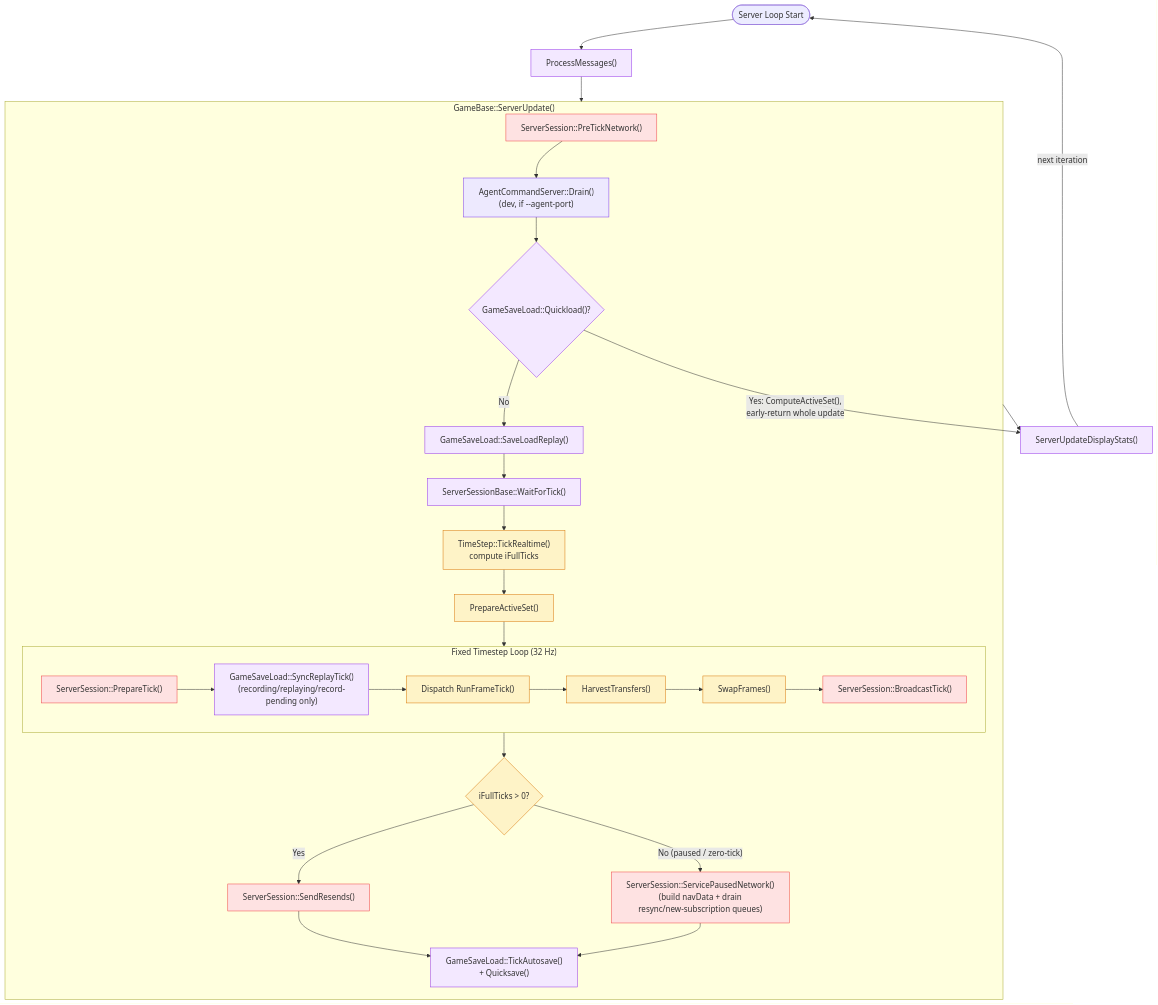
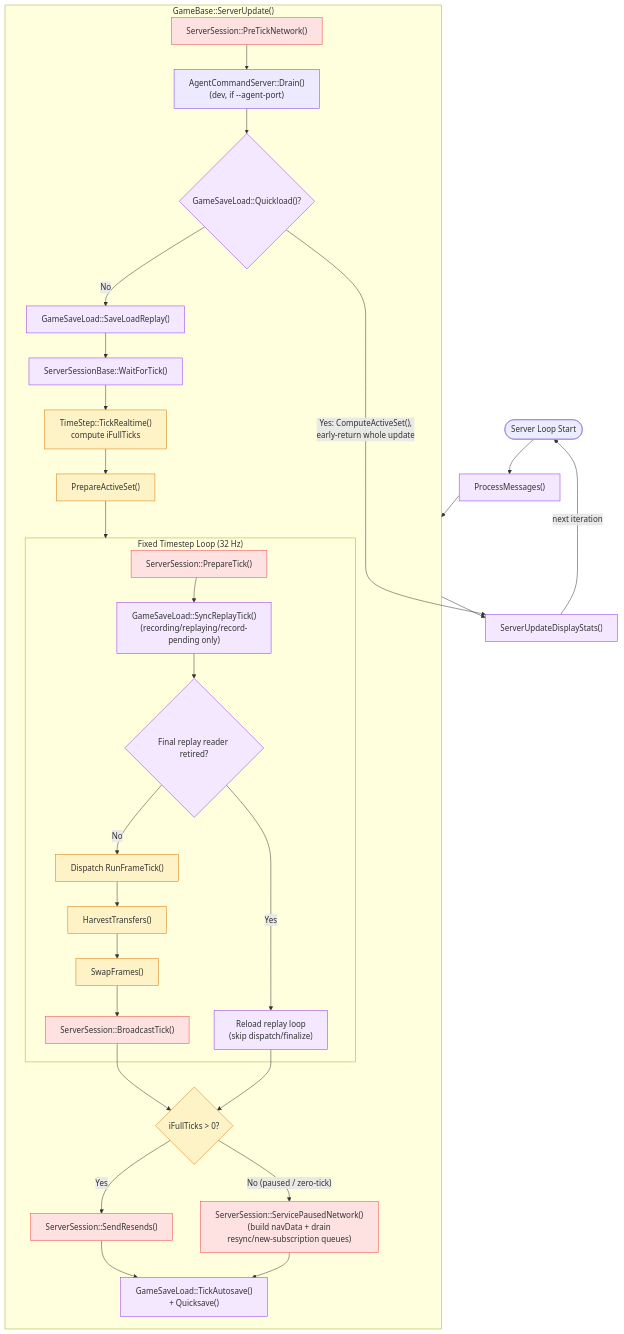
The third of 5 diagrams in Documents/Architecture/FrameUpdatePipeline.md (DougTanner/BrokenEnginePublic), drawn with Mermaid before and after one commit. The commit also changed 14 other files, not shown here.

````diff
--- a/Documents/Architecture/FrameUpdatePipeline.md
+++ b/Documents/Architecture/FrameUpdatePipeline.md
@@ -113,53 +113,58 @@
 ```mermaid
 %%{init: {'theme': 'default'}}%%
 flowchart TD
     classDef physics fill:#fef3c7,stroke:#d97706
     classDef network fill:#fee2e2,stroke:#ef4444
     classDef server fill:#f3e8ff,stroke:#9333ea
     classDef agent fill:#ede9fe,stroke:#7c3aed
 
     start(["Server Loop Start"])
 
     msgs["ProcessMessages()"]:::server
 
     subgraph tick_frames ["GameBase::ServerUpdate()"]
         pre_tick["ServerSession::PreTickNetwork()"]:::network
         agent_drain["AgentCommandServer::Drain()<br/>(dev, if --agent-port)"]:::agent
 
         quickload{"GameSaveLoad::Quickload()?"}:::server
         save_load_replay["GameSaveLoad::SaveLoadReplay()"]:::server
 
         wait_tick["ServerSessionBase::WaitForTick()"]:::server
 
         ts["TimeStep::TickRealtime()<br/>compute iFullTicks"]:::physics
         prepare_active["PrepareActiveSet()"]:::physics
 
         subgraph physics_loop ["Fixed Timestep Loop (32 Hz)"]
             prepare_tick["ServerSession::PrepareTick()"]:::network
             sync_replay["GameSaveLoad::SyncReplayTick()<br/>(recording/replaying/record-pending only)"]:::server
+            replay_terminal{"Final replay reader retired?"}:::server
+            replay_reload["Reload replay loop<br/>(skip dispatch/finalize)"]:::server
             dispatch_s["Dispatch RunFrameTick()"]:::physics
             harvest["HarvestTransfers()"]:::physics
             frame_swap["SwapFrames()"]:::physics
             broadcast_tick["ServerSession::BroadcastTick()"]:::network
-            prepare_tick --> sync_replay --> dispatch_s --> harvest --> frame_swap
+            prepare_tick --> sync_replay --> replay_terminal
+            replay_terminal -->|No| dispatch_s --> harvest --> frame_swap
+            replay_terminal -->|Yes| replay_reload
             frame_swap --> broadcast_tick
         end
 
         tick_branch{"iFullTicks > 0?"}:::physics
         resends["ServerSession::SendResends()"]:::network
         service_paused["ServerSession::ServicePausedNetwork()<br/>(build navData + drain<br/>resync/new-subscription queues)"]:::network
         autosave["GameSaveLoad::TickAutosave()<br/>+ Quicksave()"]:::server
 
         pre_tick --> agent_drain --> quickload
         quickload -->|No| save_load_replay --> wait_tick --> ts --> prepare_active --> physics_loop
-        physics_loop --> tick_branch
+        broadcast_tick --> tick_branch
+        replay_reload --> tick_branch
         tick_branch -->|Yes| resends --> autosave
         tick_branch -->|"No (paused / zero-tick)"| service_paused --> autosave
     end
 
     display["ServerUpdateDisplayStats()"]:::server
 
     start --> msgs --> tick_frames --> display
     quickload -->|"Yes: ComputeActiveSet(),<br/>early-return whole update"| display
     display -->|next iteration| start
 ```
````
